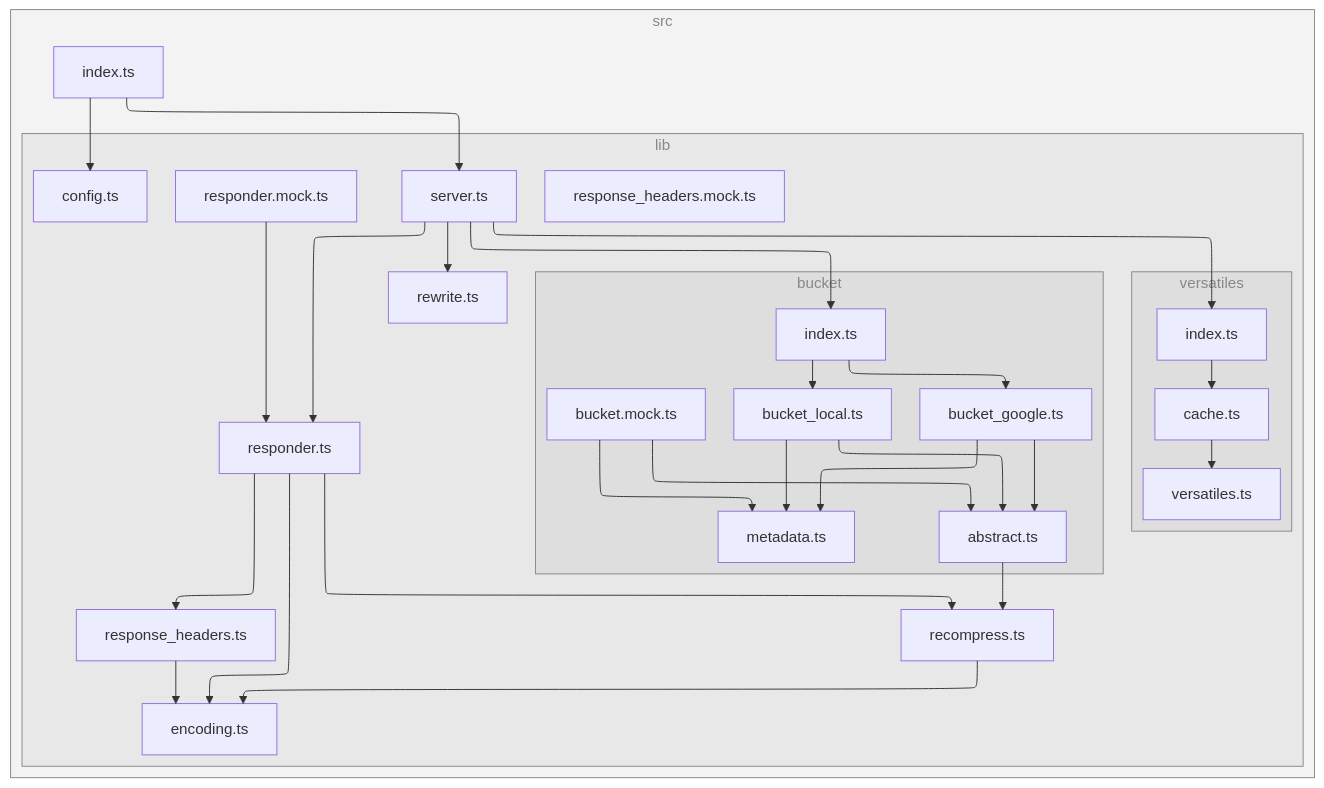
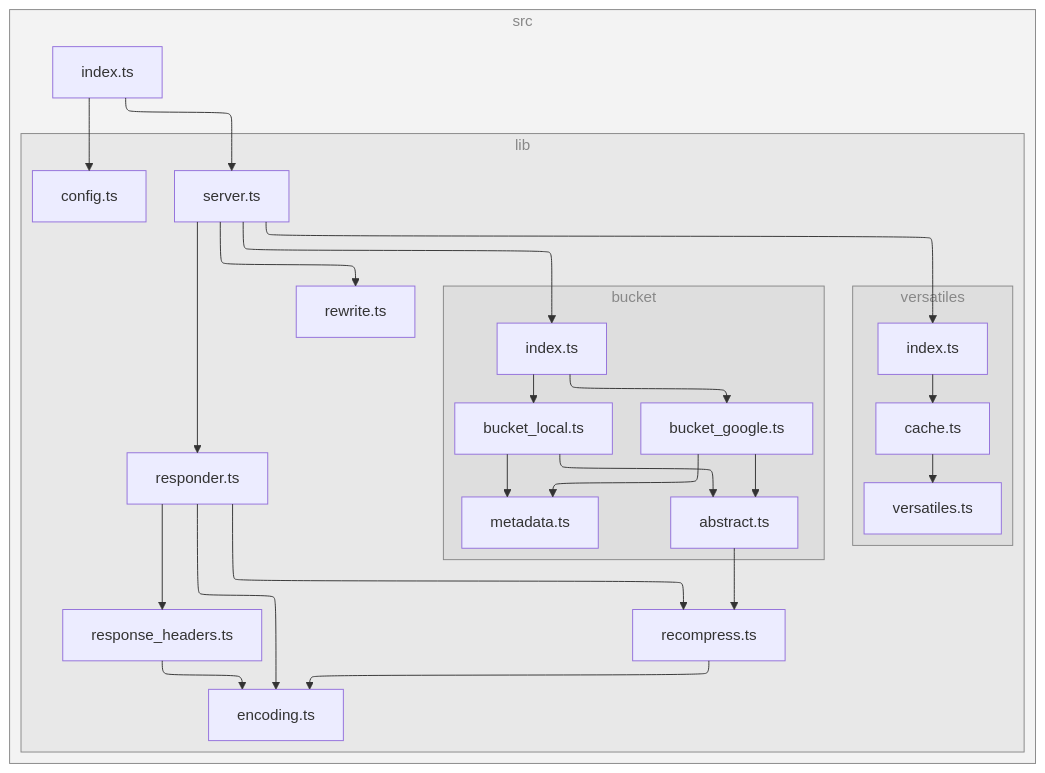
Before and after one commit to versatiles-org/node-versatiles-google-cloud: the diagram in README.md, drawn with Mermaid. The commit also changed 3 other files, not shown here.

````diff
--- a/README.md
+++ b/README.md
@@ -219,61 +219,55 @@
 ```mermaid
 ---
 config:
   layout: elk
 ---
 flowchart TB
 
 subgraph 0["src"]
 1["index.ts"]
 subgraph 2["lib"]
 3["config.ts"]
 4["server.ts"]
 subgraph 5["bucket"]
 6["index.ts"]
 7["bucket_google.ts"]
 8["abstract.ts"]
 B["metadata.ts"]
 C["bucket_local.ts"]
-K["bucket.mock.ts"]
 end
 9["recompress.ts"]
 A["encoding.ts"]
 D["responder.ts"]
 E["response_headers.ts"]
 F["rewrite.ts"]
 subgraph G["versatiles"]
 H["index.ts"]
 I["cache.ts"]
 J["versatiles.ts"]
 end
-L["responder.mock.ts"]
-M["response_headers.mock.ts"]
 end
 end
 1-->3
 1-->4
 4-->6
 4-->D
 4-->F
 4-->H
 6-->7
 6-->C
 7-->8
 7-->B
 8-->9
 9-->A
 C-->8
 C-->B
 D-->A
 D-->9
 D-->E
 E-->A
 H-->I
 I-->J
-K-->8
-K-->B
-L-->D
 
 class 0,2,5,G subgraphs;
 classDef subgraphs fill-opacity:0.1, fill:#888, color:#888, stroke:#888;
 ```
````
